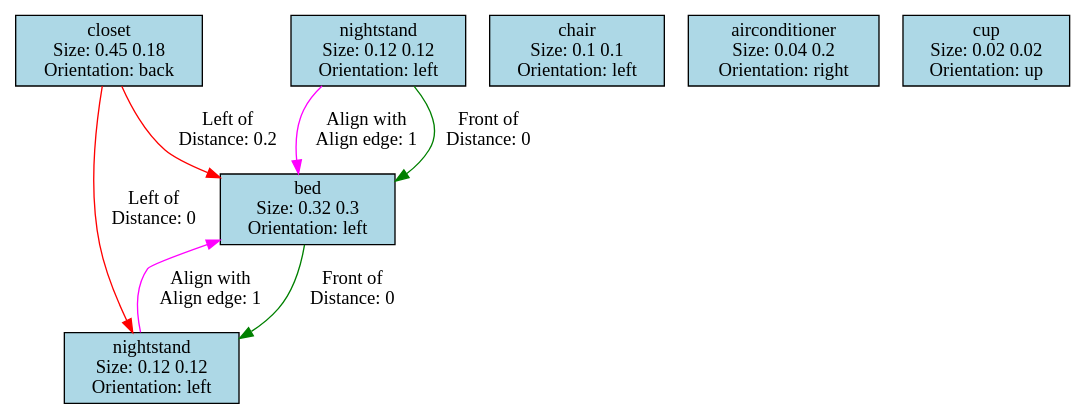
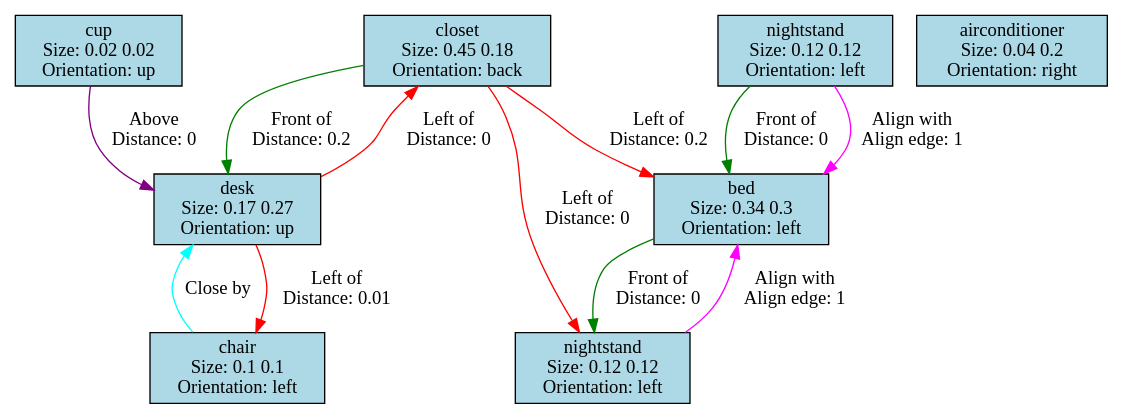
Before and after one commit to iambrc/AutoHomePlan: the diagram in Assets/SceneGraph/graph_out.dot, drawn with Graphviz. The commit also changed 5 other files, not shown here.

```diff
--- a/Assets/SceneGraph/graph_out.dot
+++ b/Assets/SceneGraph/graph_out.dot
@@ -1,15 +1,21 @@
 digraph G {
-0[label="bed\nSize: 0.32 0.3\nOrientation: left", shape=rect, style=filled, fillcolor="lightblue", width=0.32, height=0.3];
+0[label="bed\nSize: 0.34 0.3\nOrientation: left", shape=rect, style=filled, fillcolor="lightblue", width=0.34, height=0.3];
 1[label="nightstand\nSize: 0.12 0.12\nOrientation: left", shape=rect, style=filled, fillcolor="lightblue", width=0.12, height=0.12];
 2[label="nightstand\nSize: 0.12 0.12\nOrientation: left", shape=rect, style=filled, fillcolor="lightblue", width=0.12, height=0.12];
 3[label="closet\nSize: 0.45 0.18\nOrientation: back", shape=rect, style=filled, fillcolor="lightblue", width=0.45, height=0.18];
-4[label="chair\nSize: 0.1 0.1\nOrientation: left", shape=rect, style=filled, fillcolor="lightblue", width=0.1, height=0.1];
-5[label="airconditioner\nSize: 0.04 0.2\nOrientation: right", shape=rect, style=filled, fillcolor="lightblue", width=0.04, height=0.2];
-6[label="cup\nSize: 0.02 0.02\nOrientation: up", shape=rect, style=filled, fillcolor="lightblue", width=0.02, height=0.02];
+4[label="desk\nSize: 0.17 0.27\nOrientation: up", shape=rect, style=filled, fillcolor="lightblue", width=0.17, height=0.27];
+5[label="chair\nSize: 0.1 0.1\nOrientation: left", shape=rect, style=filled, fillcolor="lightblue", width=0.1, height=0.1];
+6[label="airconditioner\nSize: 0.04 0.2\nOrientation: right", shape=rect, style=filled, fillcolor="lightblue", width=0.04, height=0.2];
+7[label="cup\nSize: 0.02 0.02\nOrientation: up", shape=rect, style=filled, fillcolor="lightblue", width=0.02, height=0.02];
 0->2 [label="Front of\nDistance: 0\n", color="green"];
 1->0 [label="Align with\nAlign edge: 1\n", color="magenta"];
 1->0 [label="Front of\nDistance: 0\n", color="green"];
 2->0 [label="Align with\nAlign edge: 1\n", color="magenta"];
 3->0 [label="Left of\nDistance: 0.2\n", color="red"];
 3->2 [label="Left of\nDistance: 0\n", color="red"];
+3->4 [label="Front of\nDistance: 0.2\n", color="green"];
+4->3 [label="Left of\nDistance: 0\n", color="red"];
+4->5 [label="Left of\nDistance: 0.01\n", color="red"];
+5->4 [label="Close by\n", color="cyan"];
+7->4 [label="Above\nDistance: 0\n", color="purple"];
 }
```
